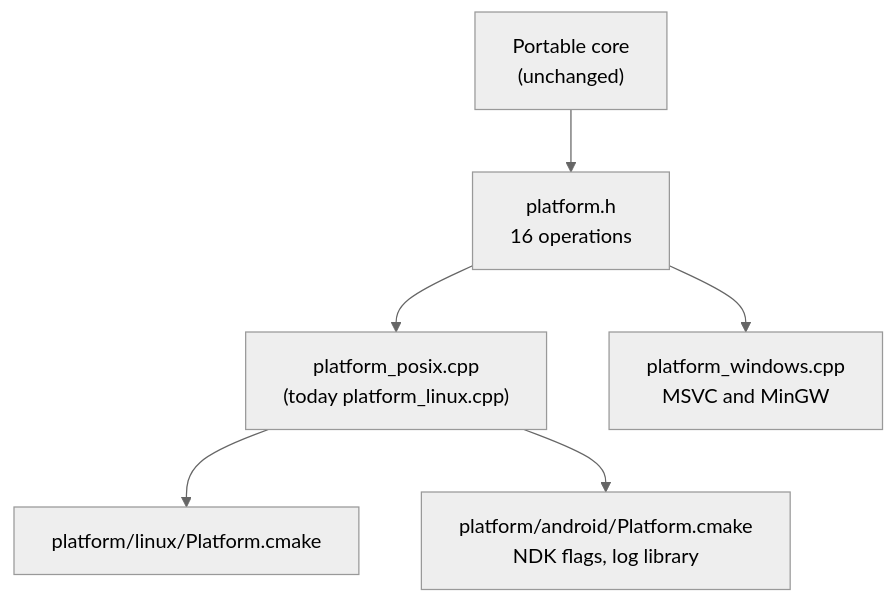
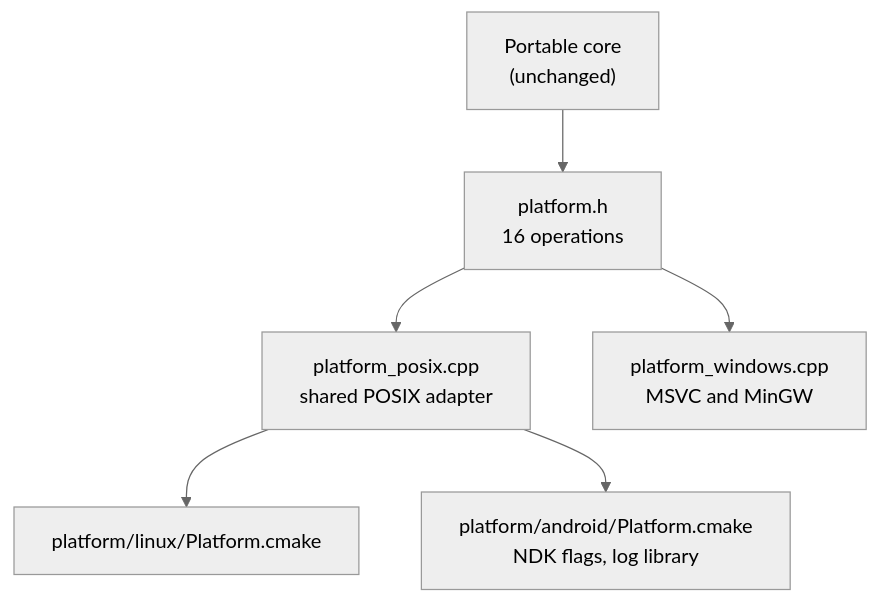
Before and after one commit to irregularthanis/ggpo-next: the diagram in doc/planning/2026-11-11-android_support/TECH_PLAN.md, drawn with Mermaid (neutral theme). The commit also changed other lines of this file and 8 other files, not shown here.

````diff
--- a/doc/planning/2026-11-11-android_support/TECH_PLAN.md
+++ b/doc/planning/2026-11-11-android_support/TECH_PLAN.md
@@ -69,14 +69,14 @@
 ```mermaid
 flowchart TD
     Core["Portable core<br/>(unchanged)"]
     API["platform.h<br/>16 operations"]
-    Posix["platform_posix.cpp<br/>(today platform_linux.cpp)"]
+    Posix["platform_posix.cpp<br/>shared POSIX adapter"]
     Win["platform_windows.cpp<br/>MSVC and MinGW"]
     LinuxCfg["platform/linux/Platform.cmake"]
     AndroidCfg["platform/android/Platform.cmake<br/>NDK flags, log library"]
     Core --> API
     API --> Posix
     API --> Win
     Posix --> LinuxCfg
     Posix --> AndroidCfg
 ```
````
